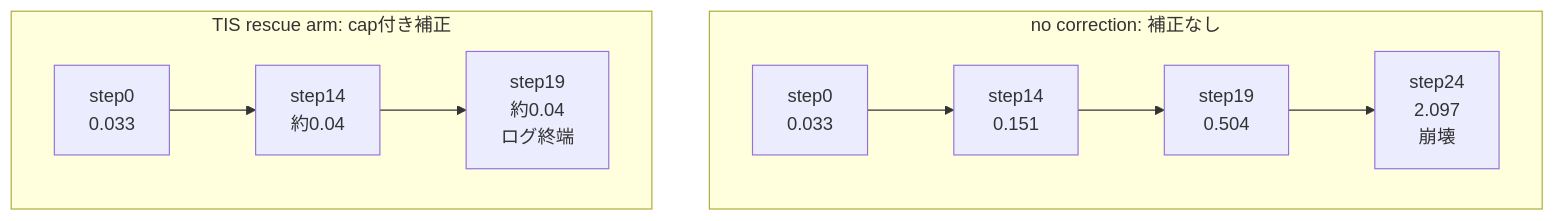
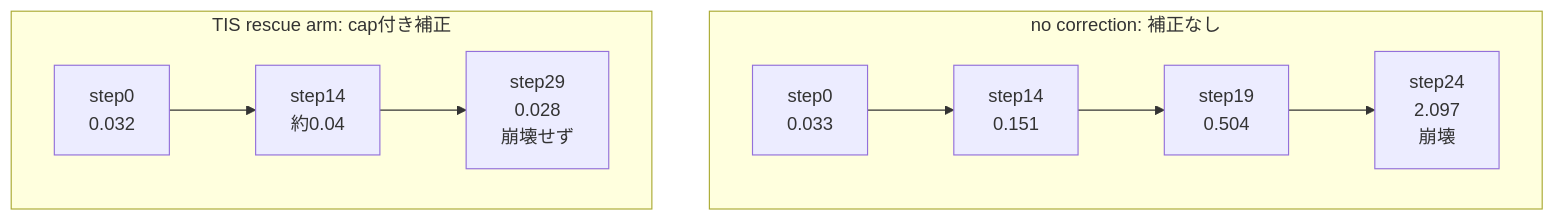
Before and after one commit to littlemex/zenn: the eighth of 14 diagrams in articles/beyond-network-rl-posttraining-constraints.md, drawn with Mermaid. The commit also changed other lines of this file, not shown here.

Commit message:
fix: add 2x2 LR x dtype cross table, fix step-19 to 30-step completion

````diff
--- a/articles/beyond-network-rl-posttraining-constraints.md
+++ b/articles/beyond-network-rl-posttraining-constraints.md
@@ -506,11 +506,11 @@
 ```mermaid
 flowchart TB
     subgraph NoCorrection["no correction: 補正なし"]
         direction LR
         N0["step0<br/>0.033"] --> N14["step14<br/>0.151"] --> N19["step19<br/>0.504"] --> N24["step24<br/>2.097<br/>崩壊"]
     end
     subgraph TISArm["TIS rescue arm: cap付き補正"]
         direction LR
-        TA0["step0<br/>0.033"] --> TA14["step14<br/>約0.04"] --> TA19["step19<br/>約0.04<br/>ログ終端"]
+        TA0["step0<br/>0.032"] --> TA14["step14<br/>約0.04"] --> TA29["step29<br/>0.028<br/>崩壊せず"]
     end
 ```
````
